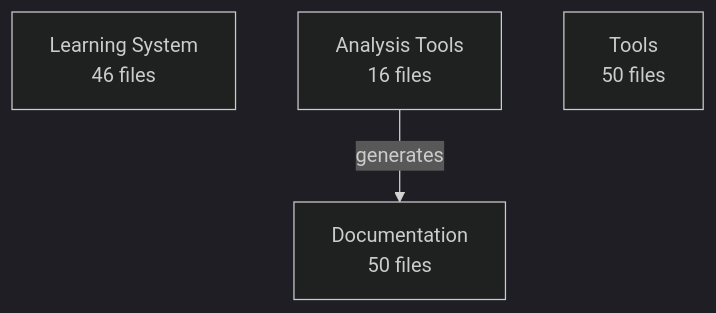
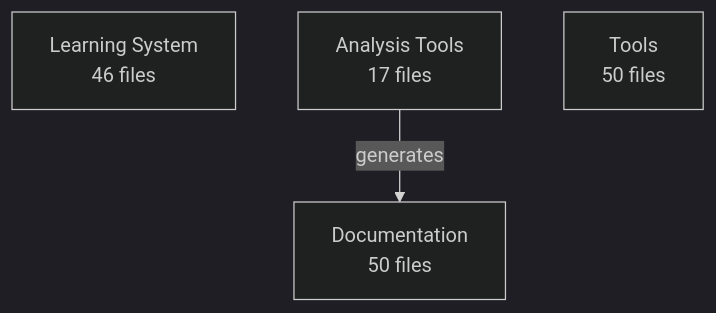
One commit to enufacas/Chained changed the diagram in docs/data/architecture/architecture.mmd. Above: the diagram before and after it, drawn with Mermaid (dark theme). The commit also changed 6 other files, not shown here.

First line of the commit message:
🏗️ Update architecture evolution tracking

```diff
--- a/docs/data/architecture/architecture.mmd
+++ b/docs/data/architecture/architecture.mmd
@@ -1,6 +1,6 @@
 graph TD
     learning_system[Learning System<br/>46 files]
-    analysis_tools[Analysis Tools<br/>16 files]
+    analysis_tools[Analysis Tools<br/>17 files]
     documentation[Documentation<br/>50 files]
     tools[Tools<br/>50 files]
     analysis_tools -->|generates| documentation
```
